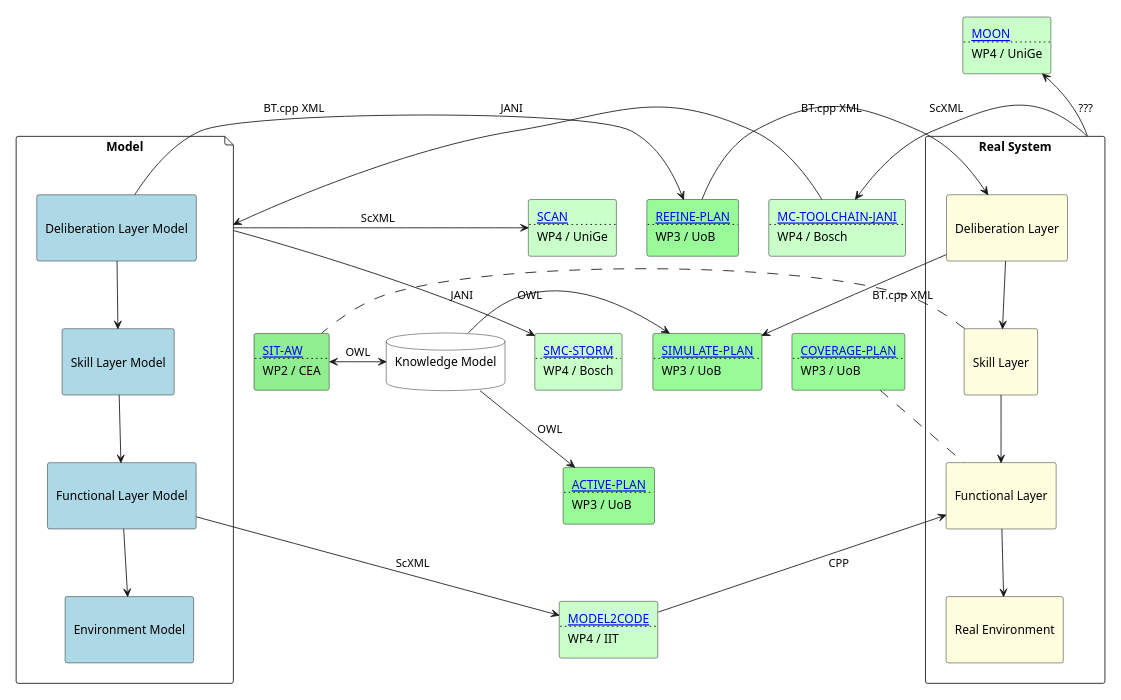
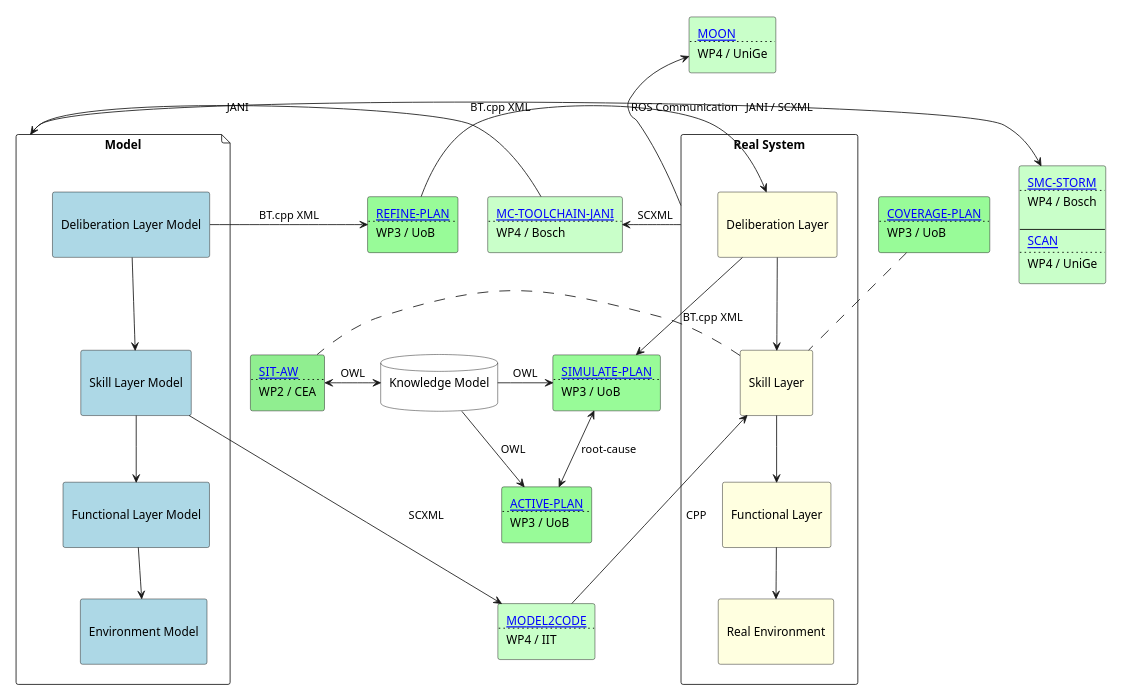
Before and after one commit to convince-project/overview: the diagram in docs/source/overview.plantuml, drawn with PlantUML.

Commit message:
changes from tuedsay meeting

```diff
--- a/docs/source/overview.plantuml
+++ b/docs/source/overview.plantuml
@@ -1,143 +1,149 @@
 @startuml overview
 scale 700 width
 
 skinparam agent {
     BackgroundColor White
     BorderColor Black
 }
 skinparam database {
     BackgroundColor White
     BorderColor Black
 }
 
 rectangle "Real System" as r {
     agent "\nDeliberation Layer\n" as rdelib #LightYellow
     agent "\nSkill Layer\n" as rskill #LightYellow
     agent "\nFunctional Layer\n" as rfunc #LightYellow
     agent "\nReal Environment\n" as renv #LightYellow
 
     rdelib --> rskill
     rskill --> rfunc
     rfunc --> renv
 }
 
 file "Model" as m {
     agent "\nDeliberation Layer Model\n" as mdelib #LightBlue
     agent "\nSkill Layer Model\n" as mskill #LightBlue
     agent "\nFunctional Layer Model\n" as mfunc #LightBlue
     agent "\nEnvironment Model\n" as menv #LightBlue
 
     mdelib --> mskill
     mskill --> mfunc
     mfunc --> menv
 }
 
 m -[hidden]> r
 
 renv -[hidden]> menv
 rdelib -[hidden]> mdelib
 
 database "Knowledge Model\n" as k 
 
 ' renv -[hidden]> k
 ' k -[hidden]> menv
 
 ' WP2
 
 ' rectangle WP2 #line.dashed{
 agent sitaw #LightGreen [
 [[https:///github.com/convince-project/sit-aw SIT-AW]]
 ....
 WP2 / CEA
 ]
 ' }
 
 sitaw -[hidden]> rskill
 rskill .. sitaw
 sitaw <-> k : OWL
 
 ' WP3
 
 ' rectangle WP3 #line.dashed {
 agent refineplan #PaleGreen [
 [[https://github.com/convince-project/refine-plan REFINE-PLAN]]
 ....
 WP3 / UoB
 ] 
 agent coverageplan #PaleGreen [
 [[https:///github.com/convince-project/coverage-plan COVERAGE-PLAN]]
 ....
 WP3 / UoB
 ]
 agent activeplan #PaleGreen [
 [[https://github.com/convince-project/active-plan ACTIVE-PLAN]]
 ....
 WP3 / UoB
 ] 
 agent simulateplan #PaleGreen [
 [[https://github.com/convince-project/simulate-plan SIMULATE-PLAN]]
 ....
 WP3 / UoB
 ] 
 refineplan -[hidden]-> simulateplan
 simulateplan -[hidden]-> activeplan
 ' }
 
-coverageplan .. rfunc
+coverageplan .. rskill
+activeplan <-> simulateplan : root-cause
 mdelib -> refineplan : "BT.cpp XML"
 refineplan -> rdelib : "BT.cpp XML"
 rdelib -> simulateplan : "BT.cpp XML"
 k -> simulateplan : OWL
 k -> activeplan : OWL
 
 ' WP4
 
 ' rectangle WP4 #line.dashed {
 agent moon #TECHNOLOGY [
 [[https:///github.com/convince-project/moon MOON]]
 ....
 WP4 / UniGe
 ]
 ' together {
-agent scan #TECHNOLOGY [
+' agent scan #TECHNOLOGY [
+' [[https:///github.com/convince-project/scan SCAN]]
+' ....
+' WP4 / UniGe
+' ]
+agent storm #TECHNOLOGY [
+[[https:///github.com/convince-project/smc_storm SMC-STORM]]
+....
+WP4 / Bosch
+
+----
 [[https:///github.com/convince-project/scan SCAN]]
 ....
 WP4 / UniGe
 ]
-agent storm #TECHNOLOGY [
-[[https:///github.com/convince-project/smc_storm SMC-STORM]]
-....
-WP4 / Bosch
-]
-scan -[hidden]-> storm
+' scan -[hidden]-> storm
 ' }
 ' together {
 agent jani #TECHNOLOGY [
 [[https:///github.com/convince-project/mc-toolchain-jani MC-TOOLCHAIN-JANI]]
 ....
 WP4 / Bosch
 ]
 agent modeltocode #TECHNOLOGY [
 [[https:///github.com/convince-project/modeltocode MODEL2CODE]]
 ....
 WP4 / IIT
 ]
 ' }
 ' activeplan -[hidden]-> jani
 activeplan -[hidden]-> modeltocode
 
-moon -[hidden]> scan
+' moon -[hidden]> scan
 moon -[hidden]-> rdelib
 
-moon <-- r : ???
+moon <-- r : ROS Communication
 
-m -> storm : "JANI"
-m -> scan : "ScXML"
+m -> storm : "JANI / SCXML"
+' m -> storm : "SCXML"
 
-r -> jani : "ScXML"
+r -> jani : "SCXML"
 jani -> m : "JANI"
-rfunc <- modeltocode : "CPP"
-modeltocode <- mfunc : "ScXML"
+rskill <- modeltocode : "CPP"
+modeltocode <- mskill : "SCXML"
 
 refineplan -[hidden]> jani
 @enduml
```
